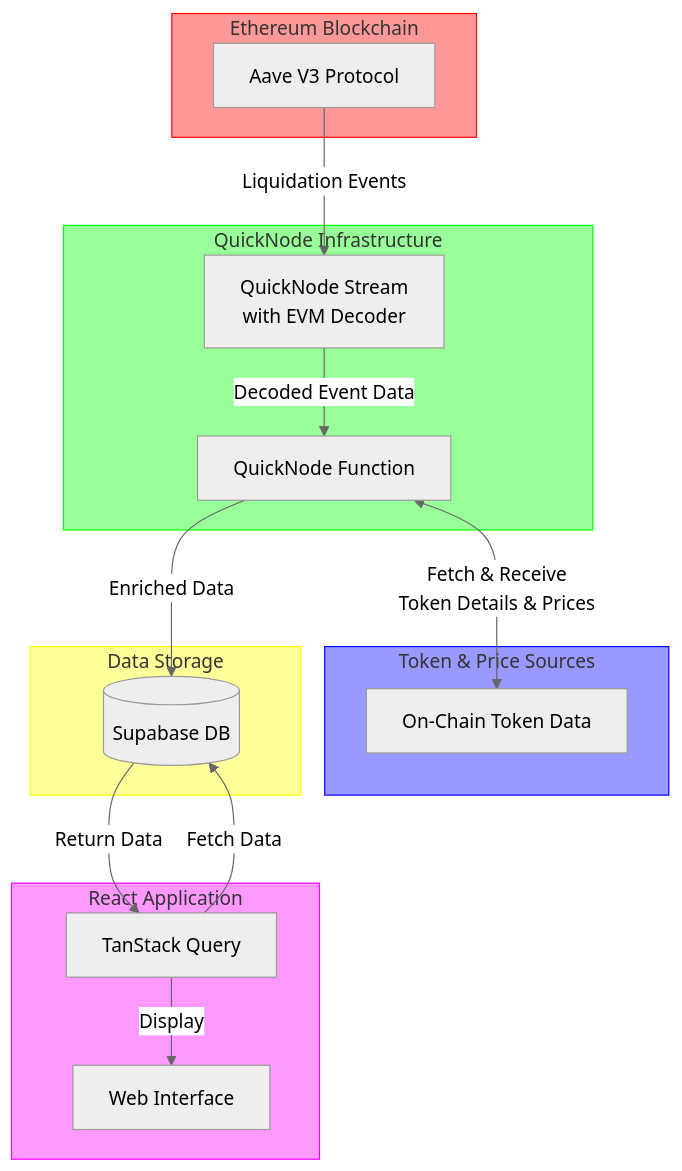
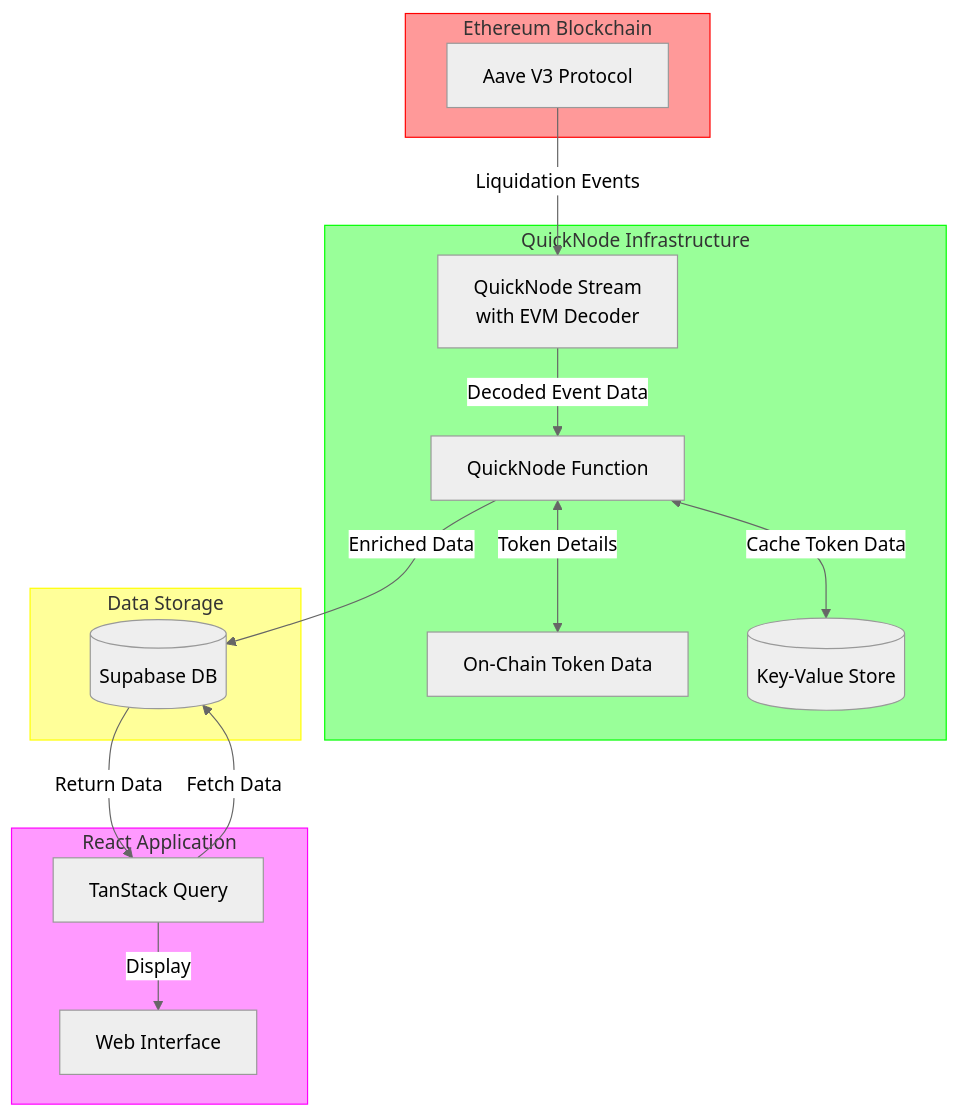
Before and after one commit to quiknode-labs/qn-guide-examples: the diagram in sample-dapps/ethereum-aave-liquidation-tracker/README.md, drawn with Mermaid (neutral theme). The commit also changed other lines of this file and 3 other files, not shown here.

````diff
--- a/sample-dapps/ethereum-aave-liquidation-tracker/README.md
+++ b/sample-dapps/ethereum-aave-liquidation-tracker/README.md
@@ -44,38 +80,36 @@
 ```mermaid
 flowchart TB
     subgraph Blockchain["Ethereum Blockchain"]
         AaveV3[Aave V3 Protocol]
     end
 
     subgraph QN["QuickNode Infrastructure"]
         Stream["QuickNode Stream<br/>with EVM Decoder"]
         Function["QuickNode Function"]
-    end
-
-    subgraph Processing["Token & Price Sources"]
         ChainData["On-Chain Token Data"]
+        Cache[(Key-Value Store)]
     end
 
     subgraph Storage["Data Storage"]
         DB[(Supabase DB)]
     end
 
     subgraph Frontend["React Application"]
         UI["Web Interface"]
         Query["TanStack Query"]
     end
 
     AaveV3 -->|Liquidation Events| Stream
     Stream -->|Decoded Event Data| Function
-    Function <-->|Fetch & Receive<br/>Token Details & Prices| ChainData
+    Function <-->|Token Details| ChainData
+    Function <-->|Cache Token Data| Cache
     Function -->|Enriched Data| DB
     Query -->|Fetch Data| DB
     DB -->|Return Data| Query
     Query -->|Display| UI
 
     style Blockchain fill:#ff9999,stroke:#ff0000
     style QN fill:#99ff99,stroke:#00ff00
-    style Processing fill:#9999ff,stroke:#0000ff
     style Storage fill:#ffff99,stroke:#ffff00
     style Frontend fill:#ff99ff,stroke:#ff00ff
 ```
````
